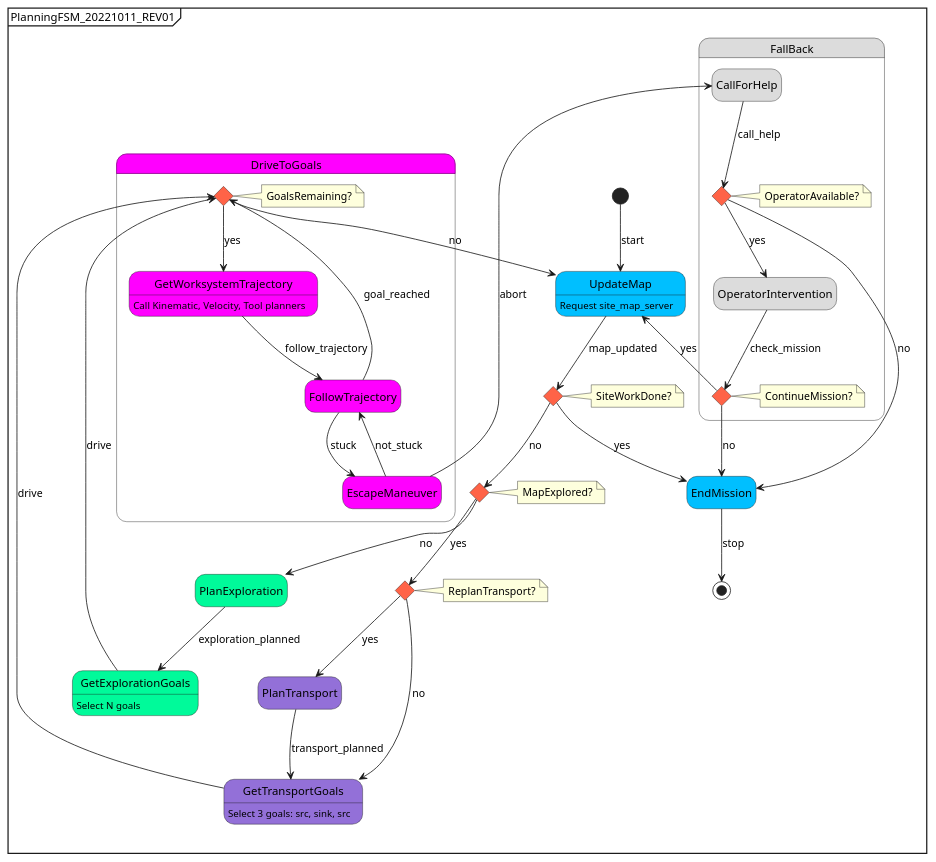
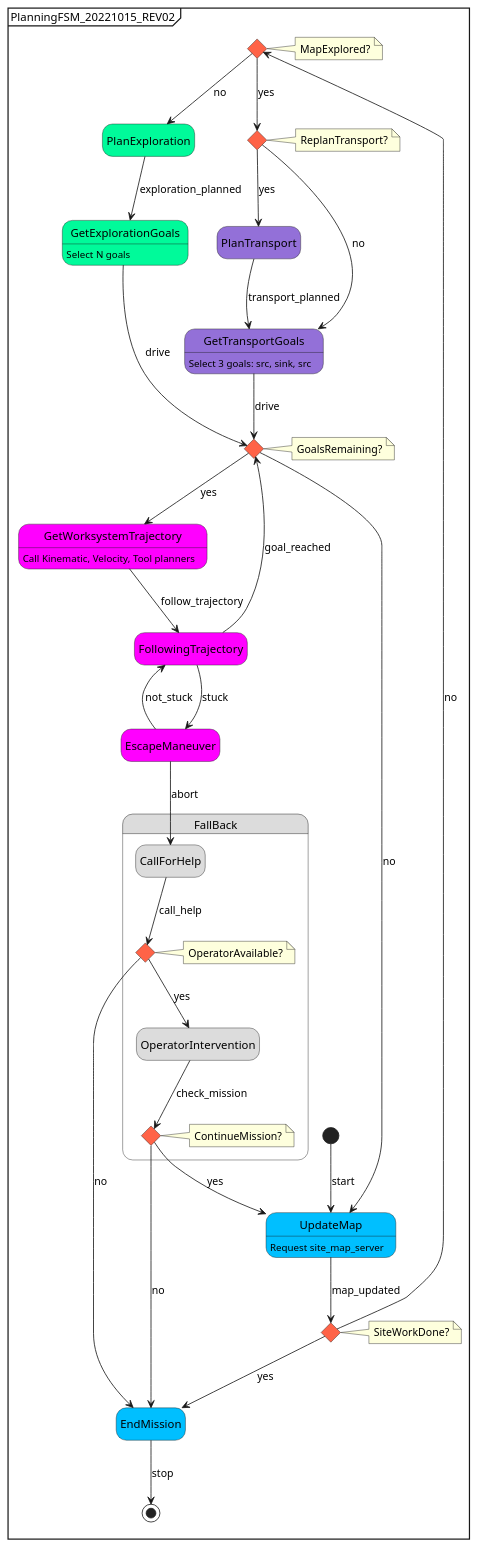
The second of 2 diagrams in cg_ws/src/planning/doc/fsm.puml (CraterGrader/CRATER_GRADER), drawn with PlantUML before and after one commit. The commit also changed 10 other files, not shown here.

Commit message:
add state for following a trajectory

```diff
--- a/cg_ws/src/planning/doc/fsm.puml
+++ b/cg_ws/src/planning/doc/fsm.puml
@@ -5,103 +5,101 @@
-@startuml PlanningFSM_20221011_REV01
-mainframe PlanningFSM_20221011_REV01
+@startuml PlanningFSM_20221015_REV02
+mainframe PlanningFSM_20221015_REV02
 ' Formatting
 ' ------------------------------------
 hide empty description
 
 ' State blocks
 skinparam state {
   BackgroundColor #DeepSkyBlue
 }
 
 ' choice blocks
 <style>
   diamond {
     BackgroundColor #Tomato
 }
 </style>
 
 
 ' States and Interactions
 ' ------------------------------------
 ' Global states
 state EndMission
 state PlanExploration #MediumSpringGreen
 state PlanTransport #MediumPurple
 state UpdateMap
   UpdateMap : Request site_map_server
 state GetExplorationGoals #MediumSpringGreen
   GetExplorationGoals : Select N goals
 state GetTransportGoals #MediumPurple
   GetTransportGoals : Select 3 goals: src, sink, src
 state MapExplored <<choice>>
   note right of MapExplored
     MapExplored?
   end note
 state SiteWorkDone <<choice>>
   note right of SiteWorkDone
     SiteWorkDone?
   end note
 state ReplanTransport <<choice>>
   note right of ReplanTransport
     ReplanTransport?
   end note
 
 ' Fallback states
 state FallBack #Gainsboro {
   state CallForHelp #Gainsboro 
   state OperatorIntervention #Gainsboro 
   state OperatorAvailable <<choice>>
     note right of OperatorAvailable
     OperatorAvailable?
     end note
   state ContinueMission <<choice>>
     note right of ContinueMission
       ContinueMission?
     end note
 
   ' Fallback state interactions
   CallForHelp --> OperatorAvailable : call_help
   OperatorAvailable --> OperatorIntervention : yes
     OperatorIntervention --> ContinueMission : check_mission
       ContinueMission --> UpdateMap : yes
       ContinueMission --> EndMission : no
   OperatorAvailable --> EndMission : no
 }
 
 ' Driving states
-state DriveToGoals #Magenta {
-  state FollowTrajectory #Magenta
-  state EscapeManeuver #Magenta
-  state GetWorksystemTrajectory #Magenta
-    GetWorksystemTrajectory : Call Kinematic, Velocity, Tool planners
-  state GoalsRemaining <<choice>>
-    note right of GoalsRemaining
-      GoalsRemaining?
-    end note
+state FollowingTrajectory #Magenta
+state EscapeManeuver #Magenta
+state GetWorksystemTrajectory #Magenta
+  GetWorksystemTrajectory : Call Kinematic, Velocity, Tool planners
+state GoalsRemaining <<choice>>
+  note right of GoalsRemaining
+    GoalsRemaining?
+  end note
 
-  ' Driving state interactions
-  GoalsRemaining --> GetWorksystemTrajectory : yes
-    GetWorksystemTrajectory --> FollowTrajectory : follow_trajectory
-      FollowTrajectory --> GoalsRemaining : goal_reached
-      FollowTrajectory --> EscapeManeuver : stuck
-        EscapeManeuver --> FollowTrajectory : not_stuck
-        EscapeManeuver -->  CallForHelp : abort
-  GoalsRemaining --> UpdateMap : no
-} 
+' Driving state interactions
+GoalsRemaining --> GetWorksystemTrajectory : yes
+  GetWorksystemTrajectory --> FollowingTrajectory : follow_trajectory
+    FollowingTrajectory --> GoalsRemaining : goal_reached
+    FollowingTrajectory --> EscapeManeuver : stuck
+      EscapeManeuver --> FollowingTrajectory : not_stuck
+      EscapeManeuver -->  CallForHelp : abort
+GoalsRemaining --> UpdateMap : no
 
 ' Global state interactions
 [*] --> UpdateMap : start
   UpdateMap --> SiteWorkDone : map_updated
   SiteWorkDone --> EndMission : yes
   SiteWorkDone --> MapExplored : no
     MapExplored --> ReplanTransport : yes
       ReplanTransport --> PlanTransport : yes
         PlanTransport --> GetTransportGoals : transport_planned
       ReplanTransport --> GetTransportGoals : no
         GetTransportGoals --> GoalsRemaining : drive
     MapExplored --> PlanExploration : no
       PlanExploration --> GetExplorationGoals : exploration_planned
       GetExplorationGoals --> GoalsRemaining : drive
 EndMission --> [*] : stop
 
 @enduml
```
